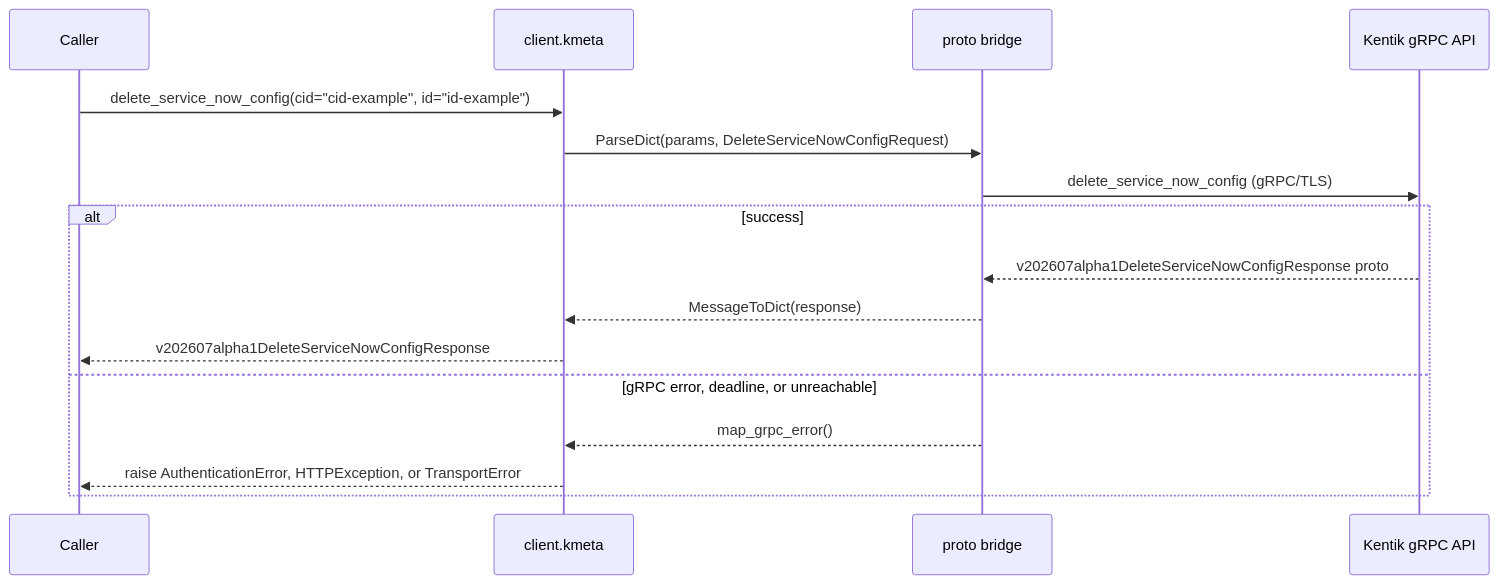
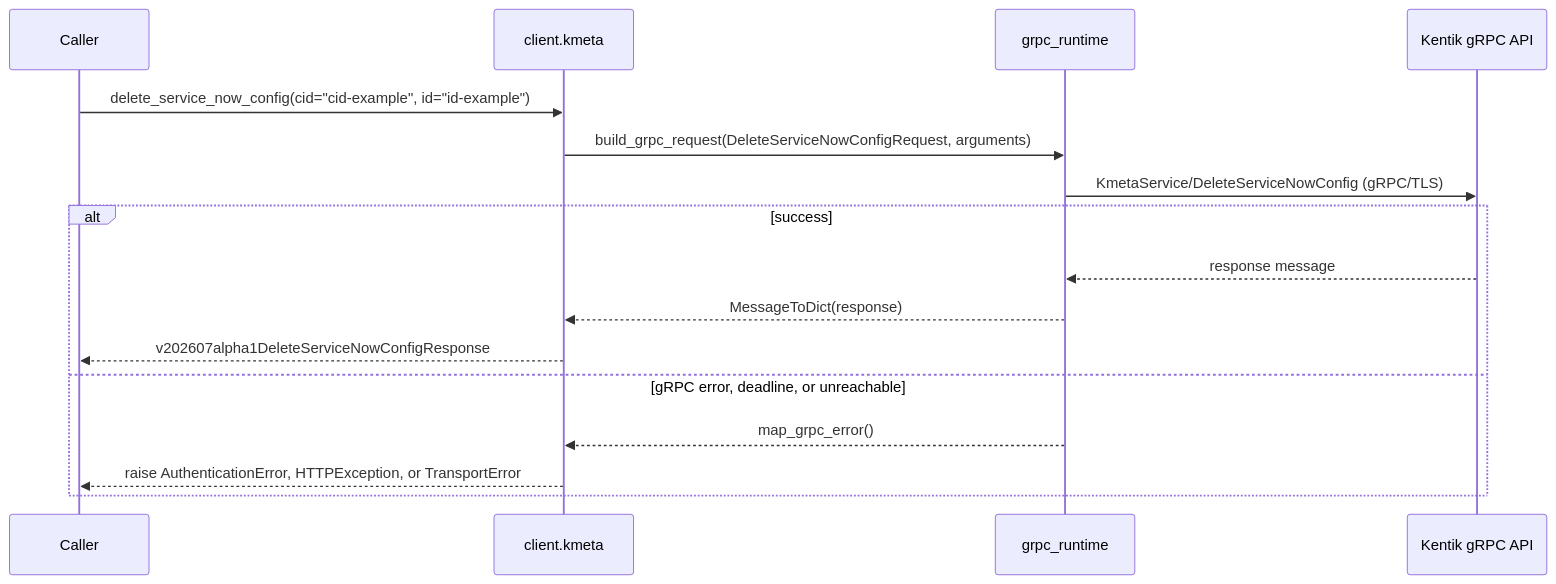
Before and after one commit to alexdearaujo/community_sdk_python: diagram 11 of 12 in docs/sphinx/services/kmeta.md, drawn with Mermaid. The commit also changed other lines of this file and 37 other files, not shown here.

First line of the commit message:
docs: show the real RPC in each service page's gRPC diagram

````diff
--- a/docs/sphinx/services/kmeta.md
+++ b/docs/sphinx/services/kmeta.md
@@ -371,19 +371,19 @@
 ```mermaid
 sequenceDiagram
     participant C as Caller
     participant W as client.kmeta
-    participant B as proto bridge
+    participant R as grpc_runtime
     participant API as Kentik gRPC API
 
     C->>W: delete_service_now_config(cid="cid-example", id="id-example")
-    W->>B: ParseDict(params, DeleteServiceNowConfigRequest)
-    B->>API: delete_service_now_config (gRPC/TLS)
+    W->>R: build_grpc_request(DeleteServiceNowConfigRequest, arguments)
+    R->>API: KmetaService/DeleteServiceNowConfig (gRPC/TLS)
     alt success
-        API-->>B: v202607alpha1DeleteServiceNowConfigResponse proto
-        B-->>W: MessageToDict(response)
+        API-->>R: response message
+        R-->>W: MessageToDict(response)
         W-->>C: v202607alpha1DeleteServiceNowConfigResponse
     else gRPC error, deadline, or unreachable
-        B-->>W: map_grpc_error()
+        R-->>W: map_grpc_error()
         W-->>C: raise AuthenticationError, HTTPException, or TransportError
     end
 ```
````
